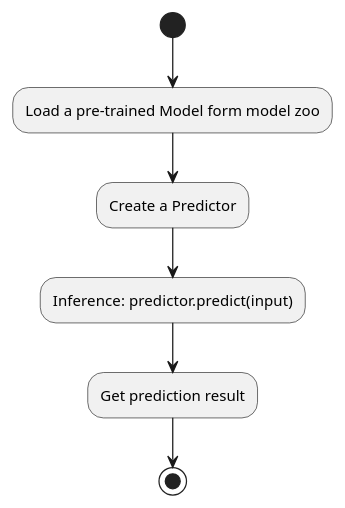
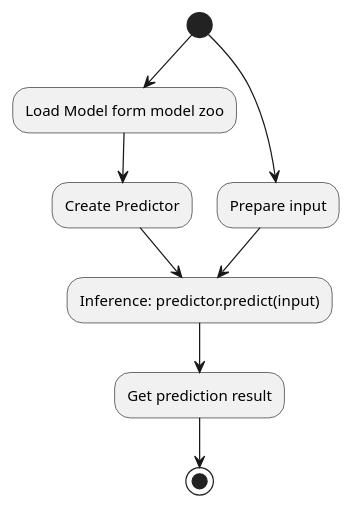
Before and after one commit to deepjavalibrary/djl: the diagram in api/src/main/uml/inference_model_zoo.puml, drawn with PlantUML. The commit also changed 2 other files, not shown here.

```diff
--- a/api/src/main/uml/inference_model_zoo.puml
+++ b/api/src/main/uml/inference_model_zoo.puml
@@ -1,7 +1,9 @@
 @startuml
-(*) --> "Load a pre-trained Model form model zoo"
---> "Create a Predictor"
+(*) --> "Load Model form model zoo"
+--> "Create Predictor"
 --> "Inference: predictor.predict(input)"
+(*) --> "Prepare input"
+"Prepare input" --> "Inference: predictor.predict(input)"
 --> "Get prediction result"
 --> (*)
 @enduml
```
